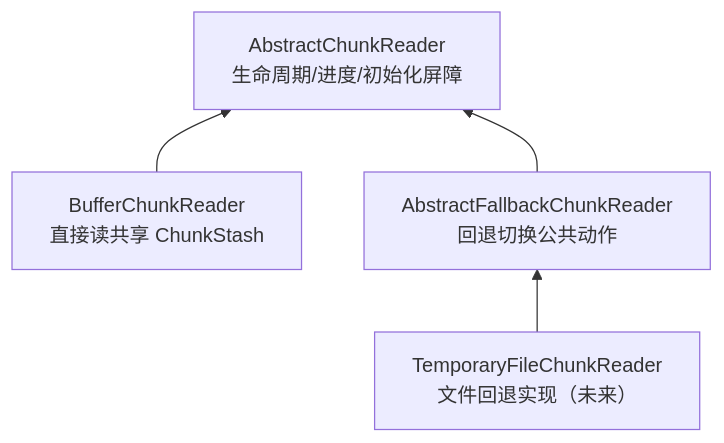
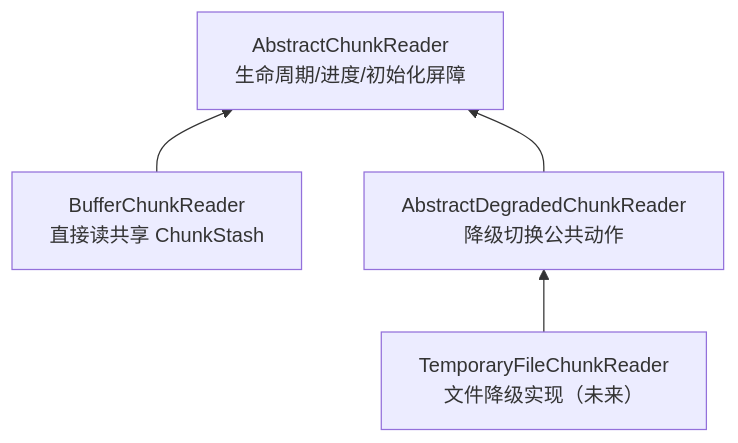
Before and after one commit to produck/node-readable-stream-distributor: the third of 5 diagrams in DESIGN.md, drawn with Mermaid. The commit also changed other lines of this file and 10 other files, not shown here.

````diff
--- a/DESIGN.md
+++ b/DESIGN.md
@@ -216,10 +216,10 @@
 ```mermaid
 graph BT
     BufferChunkReader["BufferChunkReader<br/>直接读共享 ChunkStash"]
-    AbstractFallbackChunkReader["AbstractFallbackChunkReader<br/>回退切换公共动作"]
-    TemporaryFileChunkReader["TemporaryFileChunkReader<br/>文件回退实现（未来）"]
+    AbstractDegradedChunkReader["AbstractDegradedChunkReader<br/>降级切换公共动作"]
+    TemporaryFileChunkReader["TemporaryFileChunkReader<br/>文件降级实现（未来）"]
     AbstractChunkReader["AbstractChunkReader<br/>生命周期/进度/初始化屏障"]
     BufferChunkReader --> AbstractChunkReader
-    AbstractFallbackChunkReader --> AbstractChunkReader
-    TemporaryFileChunkReader --> AbstractFallbackChunkReader
+    AbstractDegradedChunkReader --> AbstractChunkReader
+    TemporaryFileChunkReader --> AbstractDegradedChunkReader
 ```
````
